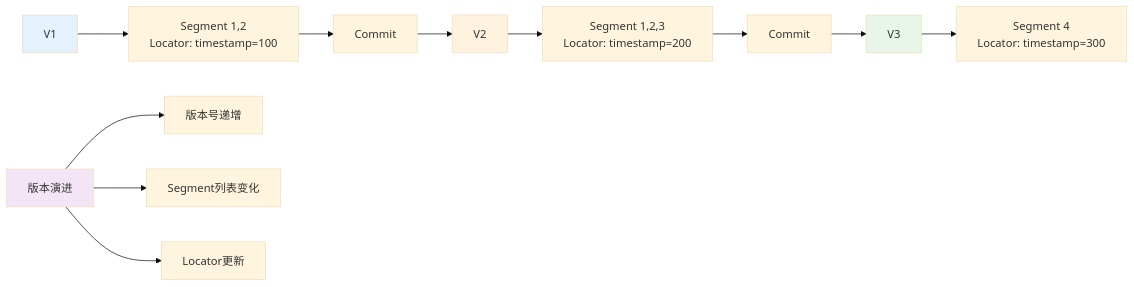
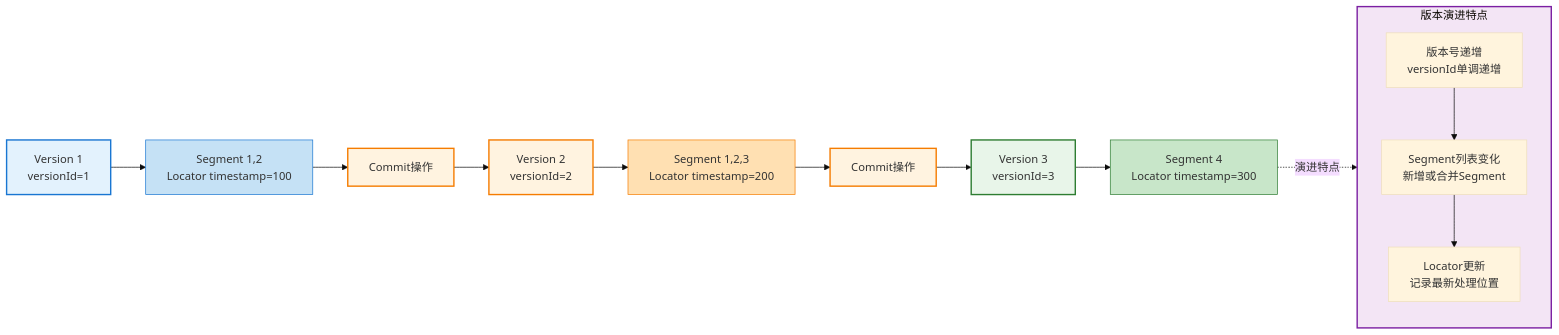
Before and after one commit to zhouzhilong-commits/zhouzhilong-commits.github.io: diagram 21 of 28 in _posts/2025-06-03-indexlib-3-build-flow.md, drawn with Mermaid (base theme). The commit also changed other lines of this file and 6 other files, not shown here.

````diff
--- a/_posts/2025-06-03-indexlib-3-build-flow.md
+++ b/_posts/2025-06-03-indexlib-3-build-flow.md
@@ -1440,19 +1732,36 @@
 ```mermaid
-graph LR
-    A[V1] --> B["Segment 1,2<br/>Locator: timestamp=100"]
-    B --> C[Commit]
-    C --> D[V2]
-    D --> E["Segment 1,2,3<br/>Locator: timestamp=200"]
-    E --> F[Commit]
-    F --> G[V3]
-    G --> H["Segment 4<br/>Locator: timestamp=300"]
+flowchart LR
+    V1[Version 1<br/>versionId=1] --> V1Content[Segment 1,2<br/>Locator timestamp=100]
     
-    I[版本演进] --> J[版本号递增]
-    I --> K[Segment列表变化]
-    I --> L[Locator更新]
+    V1Content --> Commit1[Commit操作]
     
-    style A fill:#e3f2fd
-    style D fill:#fff3e0
-    style G fill:#e8f5e9
-    style I fill:#f3e5f5
+    Commit1 --> V2[Version 2<br/>versionId=2]
+    V2 --> V2Content[Segment 1,2,3<br/>Locator timestamp=200]
+    
+    V2Content --> Commit2[Commit操作]
+    
+    Commit2 --> V3[Version 3<br/>versionId=3]
+    V3 --> V3Content[Segment 4<br/>Locator timestamp=300]
+    
+    subgraph Evolution["版本演进特点"]
+        direction TB
+        E1[版本号递增<br/>versionId单调递增]
+        E2[Segment列表变化<br/>新增或合并Segment]
+        E3[Locator更新<br/>记录最新处理位置]
+        
+        E1 --> E2
+        E2 --> E3
+    end
+    
+    V3Content -.->|演进特点| Evolution
+    
+    style V1 fill:#e3f2fd,stroke:#1976d2,stroke-width:2px
+    style V1Content fill:#c5e1f5,stroke:#1976d2,stroke-width:1px
+    style Commit1 fill:#fff3e0,stroke:#f57c00,stroke-width:2px
+    style V2 fill:#fff3e0,stroke:#f57c00,stroke-width:2px
+    style V2Content fill:#ffe0b2,stroke:#f57c00,stroke-width:1px
+    style Commit2 fill:#fff3e0,stroke:#f57c00,stroke-width:2px
+    style V3 fill:#e8f5e9,stroke:#2e7d32,stroke-width:2px
+    style V3Content fill:#c8e6c9,stroke:#2e7d32,stroke-width:1px
+    style Evolution fill:#f3e5f5,stroke:#7b1fa2,stroke-width:2px
 ```
````
